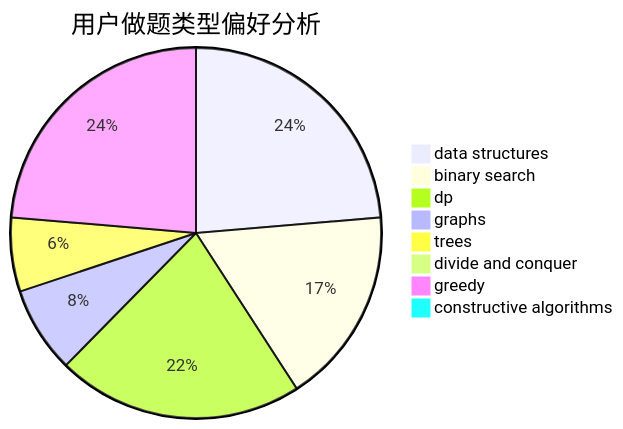
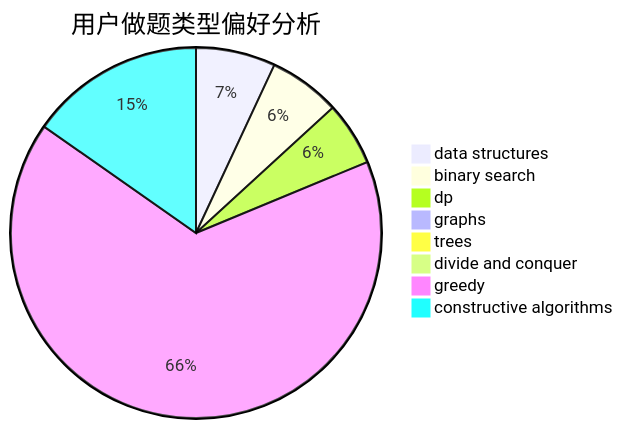
One commit to sherpahu/cfrs.github.io changed the second of 3 diagrams in docs/user/u1617.md. Above: the diagram before and after it, drawn with Mermaid. The commit also changed other lines of this file and 2770 other files, not shown here.

````diff
--- a/docs/user/u1617.md
+++ b/docs/user/u1617.md
@@ -23,11 +23,11 @@
 ```mermaid
 pie title 用户做题类型偏好分析
-    "data structures" :  22
-    "binary search" :  16
-    "dp" :  20
-    "graphs" :  7
-    "trees" :  6
-    "divide and conquer" :  0
-    "greedy" :  22
-    "constructive algorithms" :  0
+    "data structures" :  10
+    "binary search" :  9
+    "dp" :  8
+    "graphs" :  0
+    "trees" :  0
+    "divide and conquer" :  1
+    "greedy" :  95
+    "constructive algorithms" :  22
 ```
````
